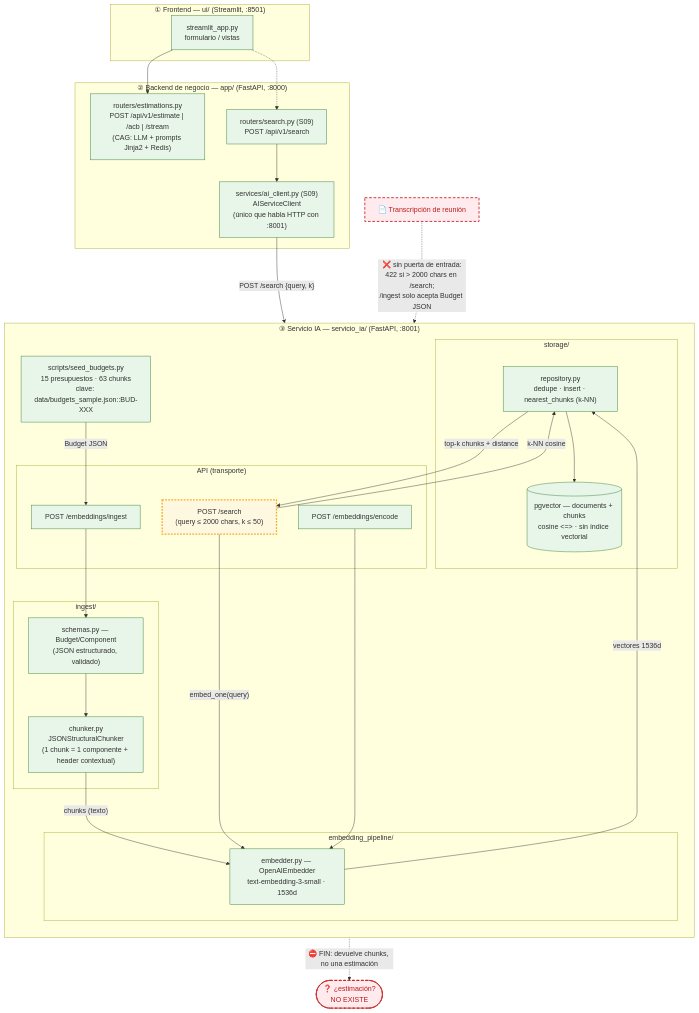
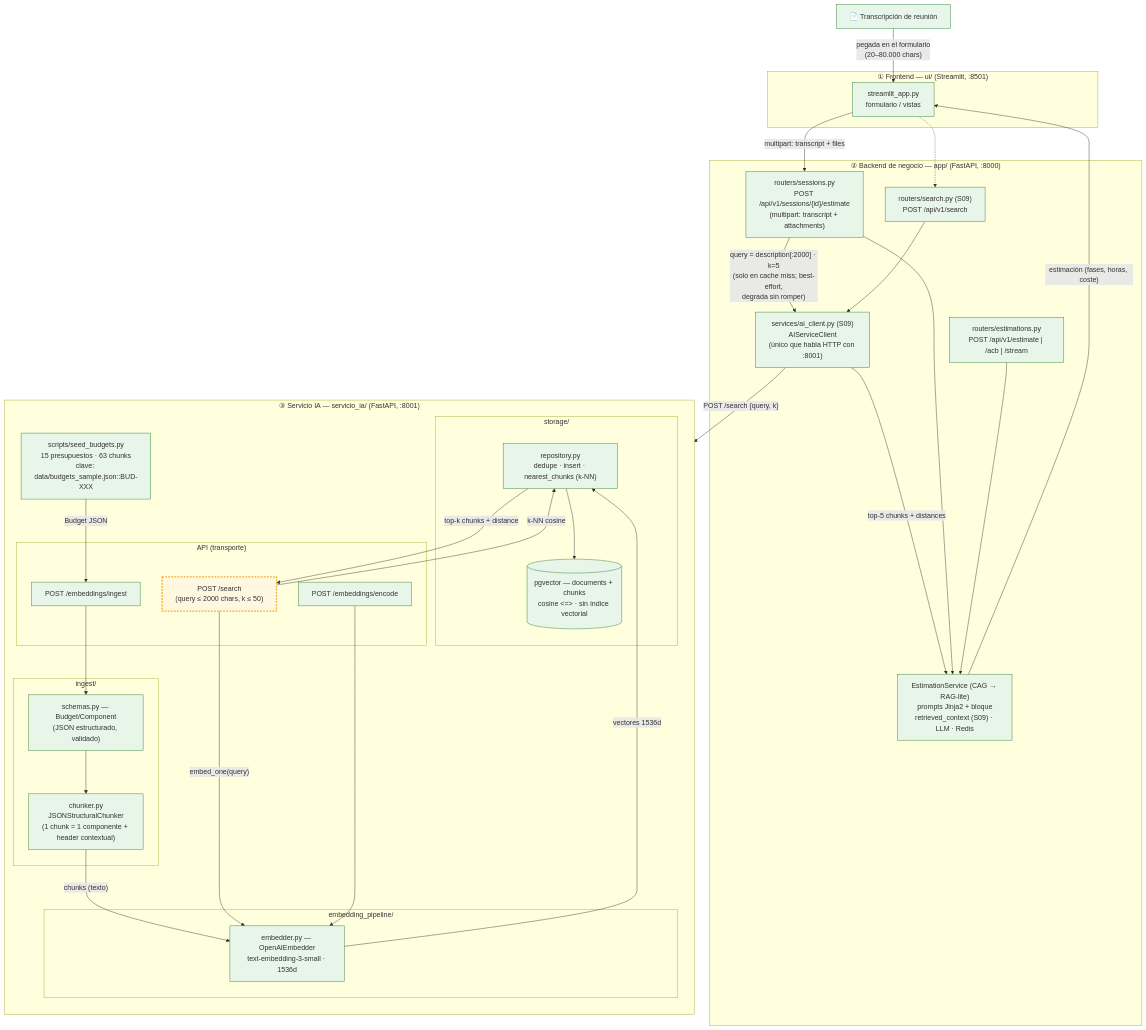
Before and after one commit to gvlpedro/estimator: the first of 2 diagrams in arquitectura-actual.md, drawn with Mermaid. The commit also changed other lines of this file and 1 other file, not shown here.

````diff
--- a/arquitectura-actual.md
+++ b/arquitectura-actual.md
@@ -28,71 +13,73 @@
 ```mermaid
 flowchart TB
     subgraph FE["① Frontend — ui/ (Streamlit, :8501)"]
         UI["streamlit_app.py<br/>formulario / vistas"]
     end
 
     subgraph BIZ["② Backend de negocio — app/ (FastAPI, :8000)"]
-        EST["routers/estimations.py<br/>POST /api/v1/estimate | /acb | /stream<br/>(CAG: LLM + prompts Jinja2 + Redis)"]
+        SESS["routers/sessions.py<br/>POST /api/v1/sessions/{id}/estimate<br/>(multipart: transcript + attachments)"]
+        EST["routers/estimations.py<br/>POST /api/v1/estimate | /acb | /stream"]
         SRCH_BE["routers/search.py (S09)<br/>POST /api/v1/search"]
         AIClient["services/ai_client.py (S09)<br/>AIServiceClient<br/>(único que habla HTTP con :8001)"]
+        CAG["EstimationService (CAG → RAG-lite)<br/>prompts Jinja2 + bloque<br/>retrieved_context (S09) · LLM · Redis"]
     end
 
     subgraph AI["③ Servicio IA — servicio_ia/ (FastAPI, :8001)"]
         direction TB
 
         subgraph API["API (transporte)"]
             EpIngest["POST /embeddings/ingest"]
             EpEncode["POST /embeddings/encode"]
             EpSearch["POST /search<br/>(query ≤ 2000 chars, k ≤ 50)"]
         end
 
         subgraph INGEST["ingest/"]
             Schemas["schemas.py — Budget/Component<br/>(JSON estructurado, validado)"]
             Chunk["chunker.py<br/>JSONStructuralChunker<br/>(1 chunk = 1 componente + header contextual)"]
         end
 
         subgraph EMB["embedding_pipeline/"]
             Embed["embedder.py — OpenAIEmbedder<br/>text-embedding-3-small · 1536d"]
         end
 
         subgraph STO["storage/"]
             Repo["repository.py<br/>dedupe · insert · nearest_chunks (k-NN)"]
             Store[("pgvector — documents + chunks<br/>cosine &lt;=&gt; · sin índice vectorial")]
         end
 
         Seed["scripts/seed_budgets.py<br/>15 presupuestos · 63 chunks<br/>clave: data/budgets_sample.json::BUD-XXX"]
     end
 
-    %% Capa 1 → capa 2
-    UI --> EST
+    %% La transcripción entra por el formulario del frontend
+    TRANS["📄 Transcripción de reunión"]
+    TRANS -->|"pegada en el formulario<br/>(20–80.000 chars)"| UI
+    UI -->|"multipart: transcript + files"| SESS
     UI -.-> SRCH_BE
 
-    %% Camino S09: backend → servicio IA
+    %% Camino S09: backend → servicio IA → prompt de estimación
+    SESS -->|"query = description[:2000] · k=5<br/>(solo en cache miss; best-effort,<br/>degrada sin romper)"| AIClient
     SRCH_BE --> AIClient
     AIClient -->|"POST /search {query, k}"| EpSearch
+    AIClient -->|"top-5 chunks + distances"| CAG
+    SESS --> CAG
+    EST --> CAG
+    CAG -->|"estimación (fases, horas, coste)"| UI
 
     %% Camino de ingesta (presupuesto a presupuesto)
     Seed -->|"Budget JSON"| EpIngest
     EpIngest --> Schemas --> Chunk -->|"chunks (texto)"| Embed
     Embed -->|"vectores 1536d"| Repo
 
     %% Camino de búsqueda
     EpSearch -->|"embed_one(query)"| Embed
     EpSearch -->|"k-NN cosine"| Repo
     Repo --> Store
     Repo -->|"top-k chunks + distance"| EpSearch
     EpEncode --> Embed
 
-    %% AQUÍ ACABA TODO
-    EpSearch -. "⛔ FIN: devuelve chunks, no una estimación" .-> END(["❓ ¿estimación?<br/>NO EXISTE"])
-    TRANS["📄 Transcripción de reunión"]
-    TRANS -. "❌ sin puerta de entrada:<br/>422 si &gt; 2000 chars en /search;<br/>/ingest solo acepta Budget JSON" .-> EpSearch
-
     classDef done fill:#e8f5e9,stroke:#2e7d32,stroke-width:1px;
     classDef edge fill:#fff8e1,stroke:#f9a825,stroke-width:3px,stroke-dasharray:4 3;
-    classDef missing fill:#ffebee,stroke:#c62828,stroke-width:2px,stroke-dasharray:6 4,color:#b71c1c;
 
-    class UI,EST,SRCH_BE,AIClient,EpIngest,EpEncode,Schemas,Chunk,Embed,Repo,Store,Seed done;
+    class TRANS,UI,SESS,EST,SRCH_BE,AIClient,CAG,EpIngest,EpEncode,Schemas,Chunk,Embed,Repo,Store,Seed done;
     class EpSearch edge;
-    class END,TRANS missing;
 ```
````
